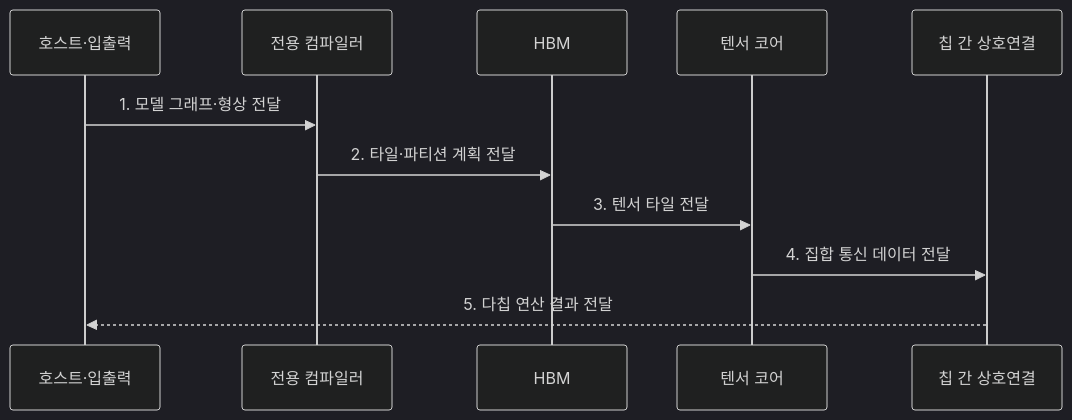
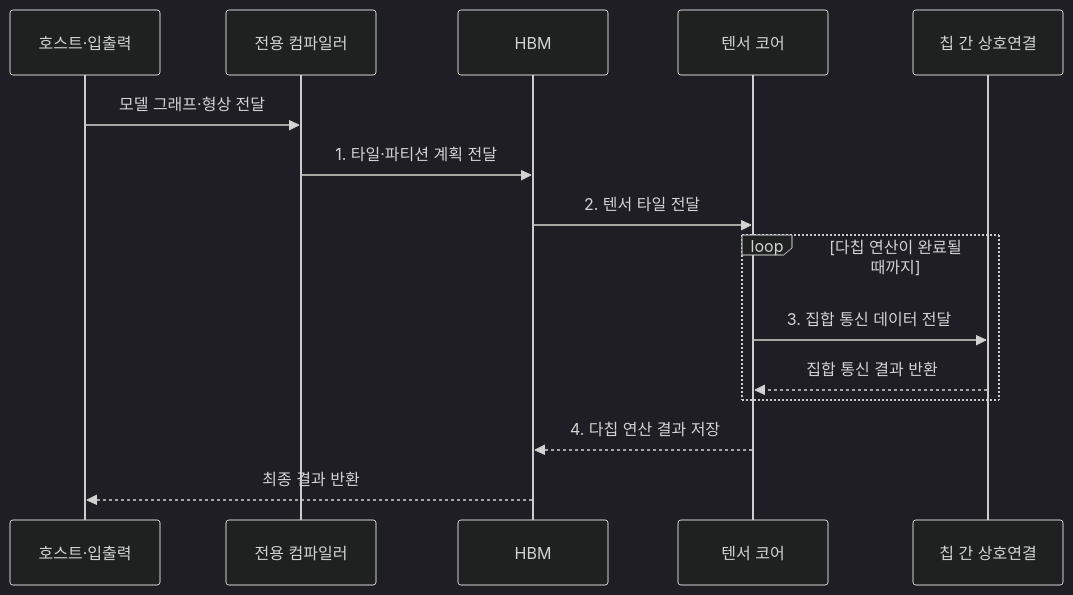
One commit to agnusdei1207/knowledge-base changed the second of 2 diagrams in src/content/docs/notes/08-latest-tech/142_tpu.md. Above: the diagram before and after it, drawn with Mermaid (dark theme). The commit also changed other lines of this file and 225 other files, not shown here.

````diff
--- a/src/content/docs/notes/08-latest-tech/142_tpu.md
+++ b/src/content/docs/notes/08-latest-tech/142_tpu.md
@@ -79,13 +81,17 @@
 ```mermaid
 sequenceDiagram
     participant H as 호스트·입출력
     participant C as 전용 컴파일러
     participant M as HBM
     participant T as 텐서 코어
     participant I as 칩 간 상호연결
-    H->>C: 1. 모델 그래프·형상 전달
-    C->>M: 2. 타일·파티션 계획 전달
-    M->>T: 3. 텐서 타일 전달
-    T->>I: 4. 집합 통신 데이터 전달
-    I-->>H: 5. 다칩 연산 결과 전달
+    H->>C: 모델 그래프·형상 전달
+    C->>M: 1. 타일·파티션 계획 전달
+    M->>T: 2. 텐서 타일 전달
+    loop 다칩 연산이 완료될 때까지
+        T->>I: 3. 집합 통신 데이터 전달
+        I-->>T: 집합 통신 결과 반환
+    end
+    T-->>M: 4. 다칩 연산 결과 저장
+    M-->>H: 최종 결과 반환
 ```
````
